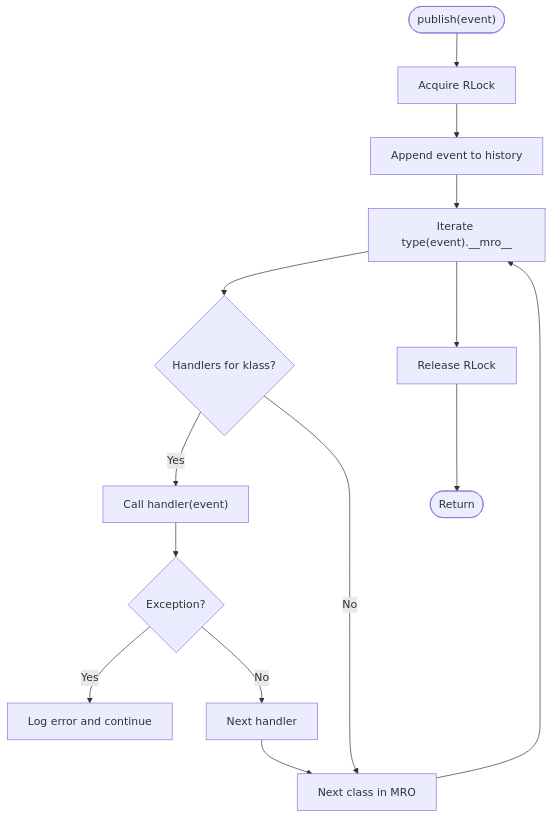
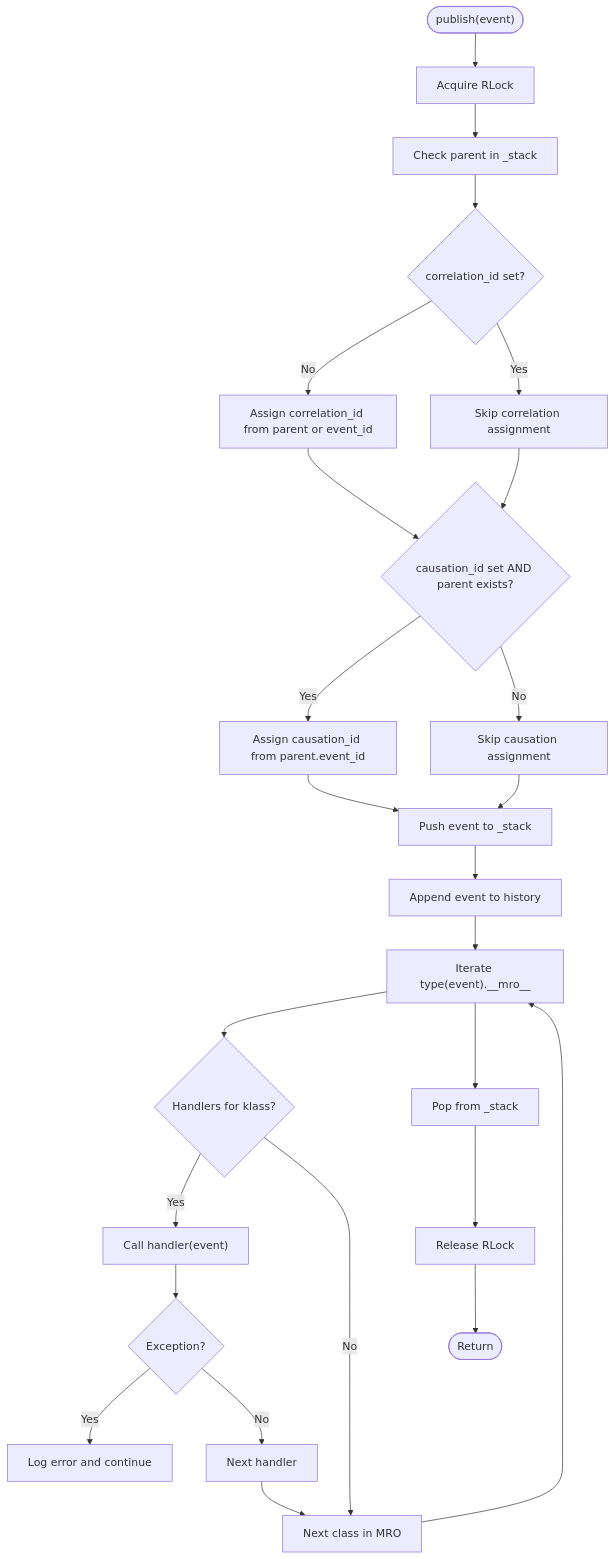
One commit to Ganesh-Kusundal/nTrade changed the third of 11 diagrams in .qoder/repowiki/en/content/Trading Kernel/Event Bus System.md. Above: the diagram before and after it, drawn with Mermaid. The commit also changed other lines of this file and 203 other files, not shown here.

````diff
--- a/.qoder/repowiki/en/content/Trading Kernel/Event Bus System.md
+++ b/.qoder/repowiki/en/content/Trading Kernel/Event Bus System.md
@@ -153,16 +181,27 @@
 ```mermaid
 flowchart TD
 Start(["publish(event)"]) --> Lock["Acquire RLock"]
-Lock --> Record["Append event to history"]
+Lock --> CheckParent["Check parent in _stack"]
+CheckParent --> StampCorr{"correlation_id set?"}
+StampCorr --> |No| AssignCorr["Assign correlation_id from parent or event_id"]
+StampCorr --> |Yes| SkipCorr["Skip correlation assignment"]
+AssignCorr --> StampCause{"causation_id set AND parent exists?"}
+SkipCorr --> StampCause
+StampCause --> |Yes| AssignCause["Assign causation_id from parent.event_id"]
+StampCause --> |No| SkipCause["Skip causation assignment"]
+AssignCause --> PushStack["Push event to _stack"]
+SkipCause --> PushStack
+PushStack --> Record["Append event to history"]
 Record --> IterateMRO["Iterate type(event).__mro__"]
 IterateMRO --> ForEachType{"Handlers for klass?"}
 ForEachType --> |Yes| CallHandler["Call handler(event)"]
 CallHandler --> TryCatch{"Exception?"}
 TryCatch --> |Yes| LogError["Log error and continue"]
 TryCatch --> |No| NextHandler["Next handler"]
 ForEachType --> |No| NextType["Next class in MRO"]
 NextHandler --> NextType
 NextType --> IterateMRO
-IterateMRO --> Done["Release RLock"]
+IterateMRO --> PopStack["Pop from _stack"]
+PopStack --> Done["Release RLock"]
 Done --> End(["Return"])
 ```
````
